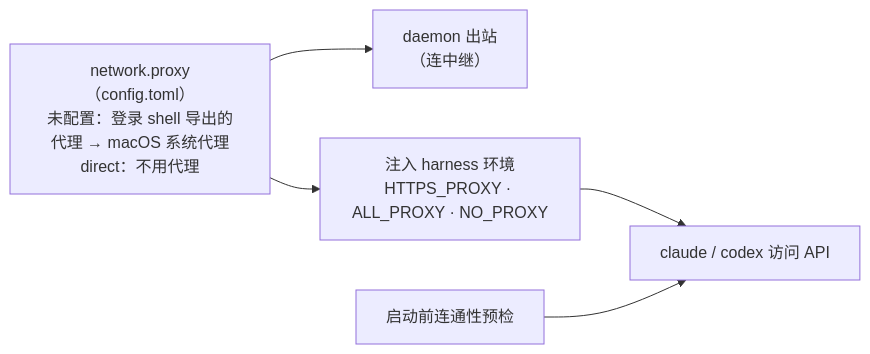
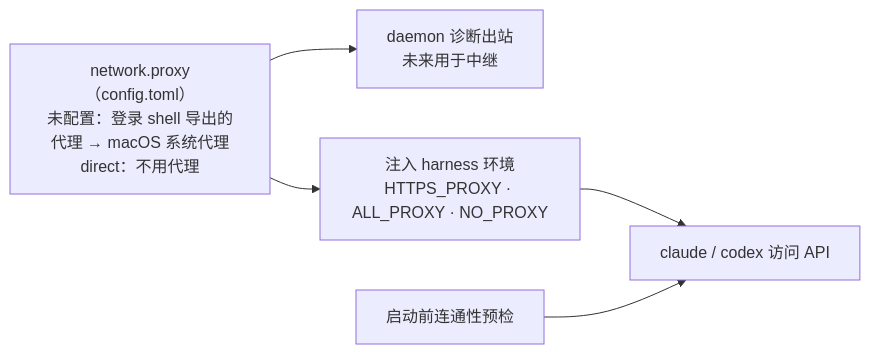
One commit to yangflow/hoplet changed the third of 3 diagrams in docs/design/0006-connectivity-security.md. Above: the diagram before and after it, drawn with Mermaid. The commit also changed other lines of this file and 26 other files, not shown here.

Commit message:
docs(design): align designs and roadmap with implementation

````diff
--- a/docs/design/0006-connectivity-security.md
+++ b/docs/design/0006-connectivity-security.md
@@ -56,7 +75,7 @@
 ```mermaid
 flowchart LR
-    Cfg["network.proxy（config.toml）<br/>未配置：登录 shell 导出的代理 → macOS 系统代理<br/>direct：不用代理"] --> D["daemon 出站<br/>（连中继）"]
+    Cfg["network.proxy（config.toml）<br/>未配置：登录 shell 导出的代理 → macOS 系统代理<br/>direct：不用代理"] --> D["daemon 诊断出站<br/>未来用于中继"]
     Cfg --> Env["注入 harness 环境<br/>HTTPS_PROXY · ALL_PROXY · NO_PROXY"]
     Env --> H["claude / codex 访问 API"]
     Pre["启动前连通性预检"] --> H
 ```
````
